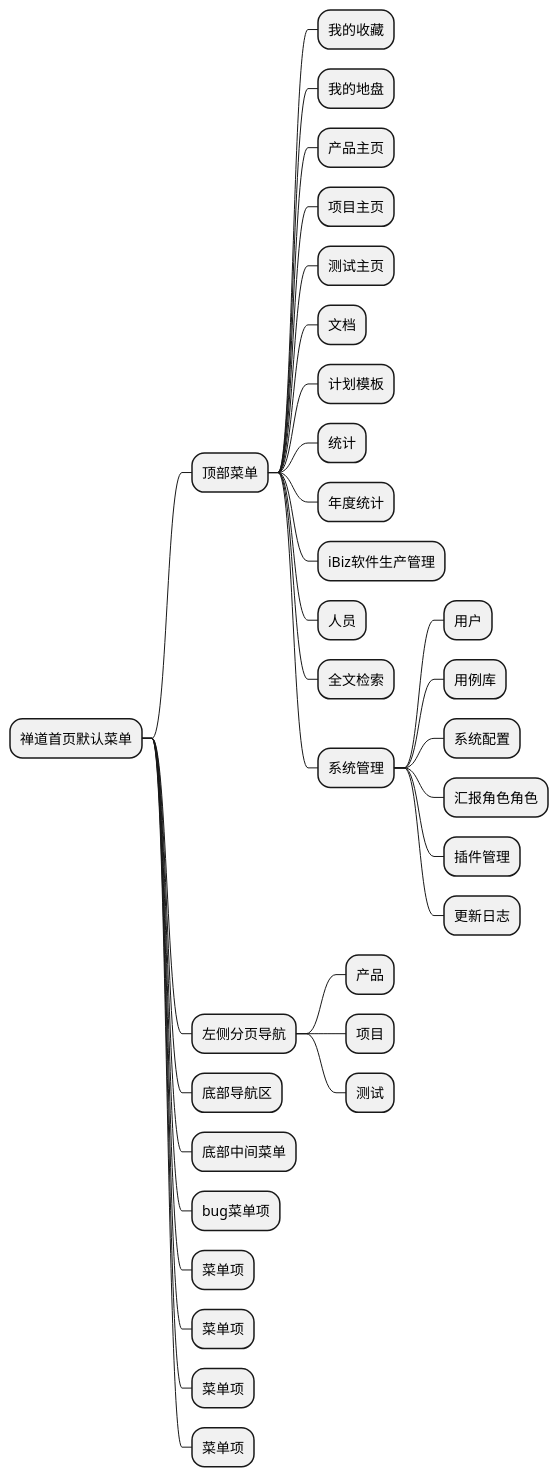
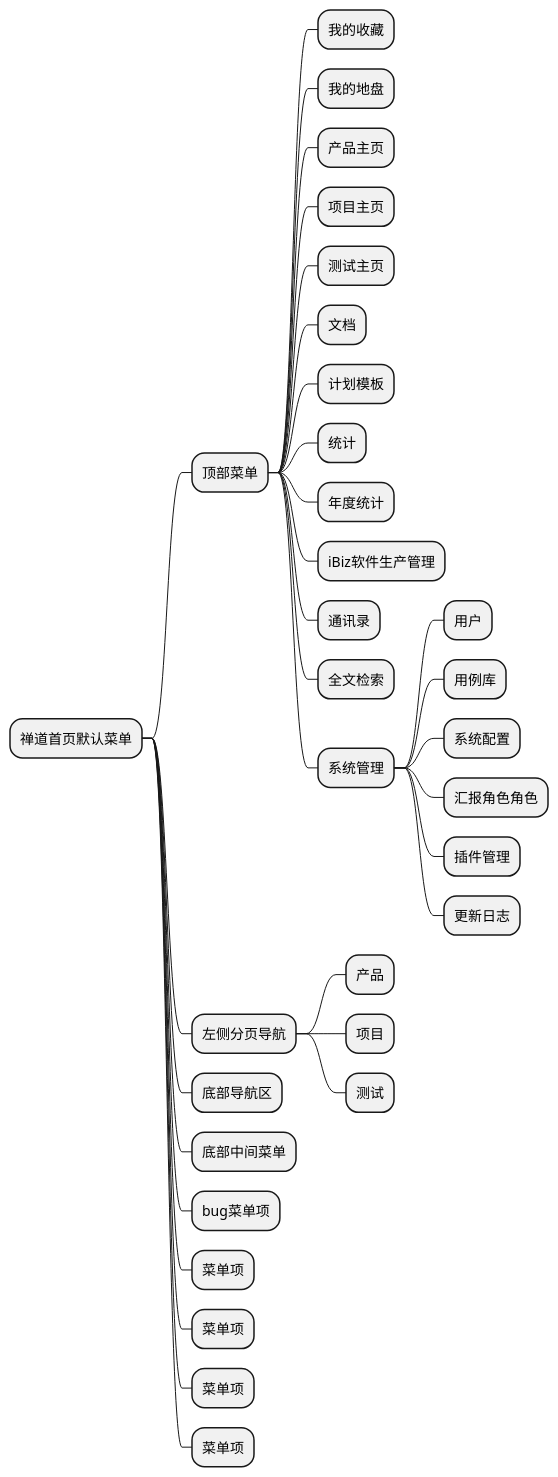
Before and after one commit to zj335841911/nt_chandao: the diagram in ibizpms-docs/src/main/doc/v1/app/web/zentao.md, drawn with PlantUML. The commit also changed other lines of this file and 10 other files, not shown here.

```diff
--- a/ibizpms-docs/src/main/doc/v1/app/web/zentao.md
+++ b/ibizpms-docs/src/main/doc/v1/app/web/zentao.md
@@ -5,36 +5,36 @@
 {% plantuml %}
 @startmindmap
 * 禅道首页默认菜单
 ** 顶部菜单
 *** 我的收藏
 *** 我的地盘
 *** 产品主页
 *** 项目主页
 *** 测试主页
 *** 文档
 *** 计划模板
 *** 统计
 *** 年度统计
 *** iBiz软件生产管理
-*** 人员
+*** 通讯录
 *** 全文检索
 *** 系统管理
 **** 用户
 **** 用例库
 **** 系统配置
 **** 汇报角色角色
 **** 插件管理
 **** 更新日志
 ** 左侧分页导航
 *** 产品
 *** 项目
 *** 测试
 ** 底部导航区
 ** 底部中间菜单
 ** bug菜单项
 ** 菜单项
 ** 菜单项
 ** 菜单项
 ** 菜单项
 @endmindmap
 {% endplantuml %}
```
